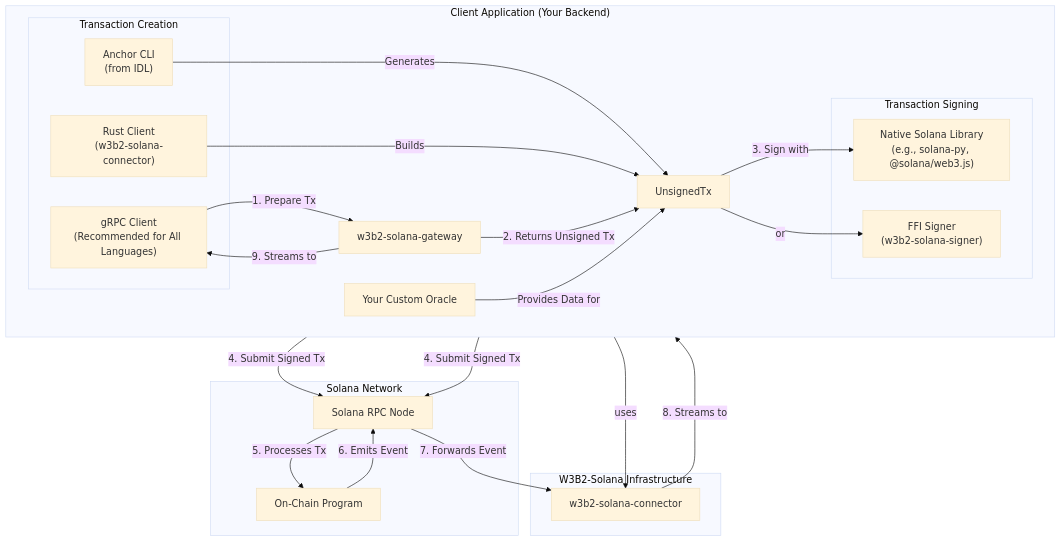
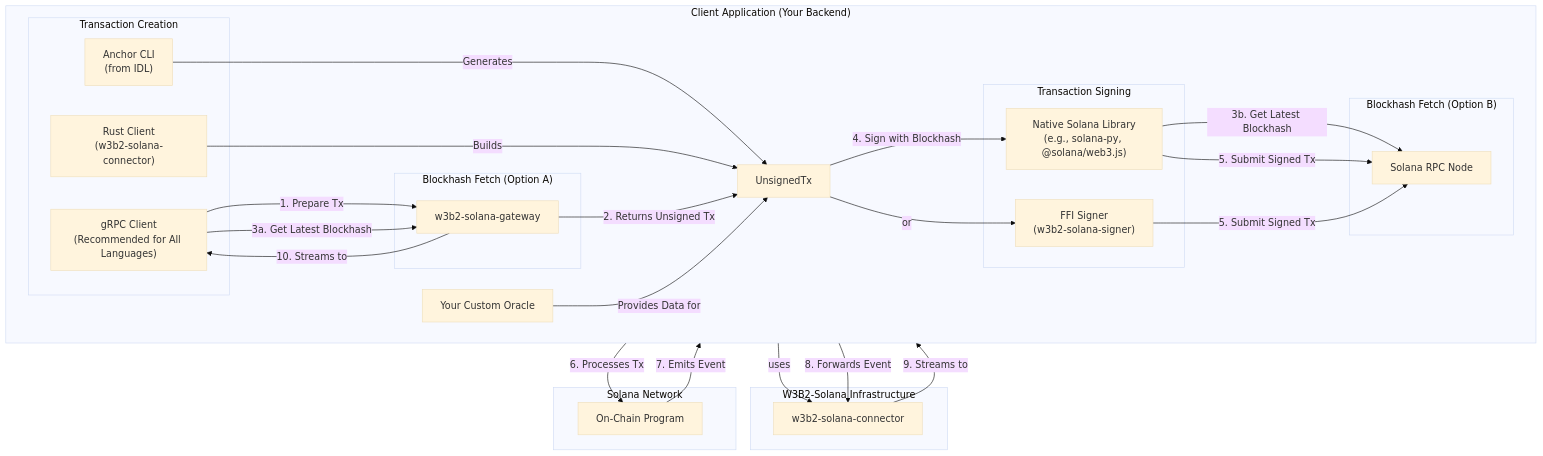
The diagram in README.md (m62624/w3b2-solana), drawn with Mermaid (base theme) before and after one commit. The commit also changed other lines of this file and 2 other files, not shown here.

First line of the commit message:
docs: Update component descriptions and restore architecture diagram

````diff
--- a/README.md
+++ b/README.md
@@ -19,46 +23,55 @@
 ```mermaid
 graph TD
     subgraph "Client Application (Your Backend)"
         direction LR
         subgraph "Transaction Creation"
             A["Anchor CLI<br>(from IDL)"]
             B["Rust Client<br>(w3b2-solana-connector)"]
             C["gRPC Client<br>(Recommended for All Languages)"]
         end
 
         subgraph "Transaction Signing"
             D["Native Solana Library<br>(e.g., solana-py, @solana/web3.js)"]
             E["FFI Signer<br>(w3b2-solana-signer)"]
         end
 
         Oracle["Your Custom Oracle"]
 
         C -- "1. Prepare Tx" --> Gateway
         A -- "Generates" --> UnsignedTx
         B -- "Builds" --> UnsignedTx
         Gateway -- "2. Returns Unsigned Tx" --> UnsignedTx
-        UnsignedTx -- "3. Sign with" --> D
+
+        subgraph "Blockhash Fetch (Option A)"
+            C -- "3a. Get Latest Blockhash" --> Gateway
+        end
+
+        subgraph "Blockhash Fetch (Option B)"
+            D -- "3b. Get Latest Blockhash" --> RPC
+        end
+
+        UnsignedTx -- "4. Sign with Blockhash" --> D
         UnsignedTx -- "or" --> E
         Oracle -- "Provides Data for" --> UnsignedTx
     end
 
     subgraph "W3B2-Solana Infrastructure"
         Gateway["w3b2-solana-gateway"]
         Connector["w3b2-solana-connector"]
         Gateway -- "uses" --> Connector
     end
 
     subgraph "Solana Network"
         RPC["Solana RPC Node"]
         Program["On-Chain Program"]
     end
 
-    D -- "4. Submit Signed Tx" --> RPC
-    E -- "4. Submit Signed Tx" --> RPC
+    D -- "5. Submit Signed Tx" --> RPC
+    E -- "5. Submit Signed Tx" --> RPC
 
-    RPC -- "5. Processes Tx" --> Program
-    Program -- "6. Emits Event" --> RPC
-    RPC -- "7. Forwards Event" --> Connector
-    Connector -- "8. Streams to" --> Gateway
-    Gateway -- "9. Streams to" --> C
+    RPC -- "6. Processes Tx" --> Program
+    Program -- "7. Emits Event" --> RPC
+    RPC -- "8. Forwards Event" --> Connector
+    Connector -- "9. Streams to" --> Gateway
+    Gateway -- "10. Streams to" --> C
 ```
````
